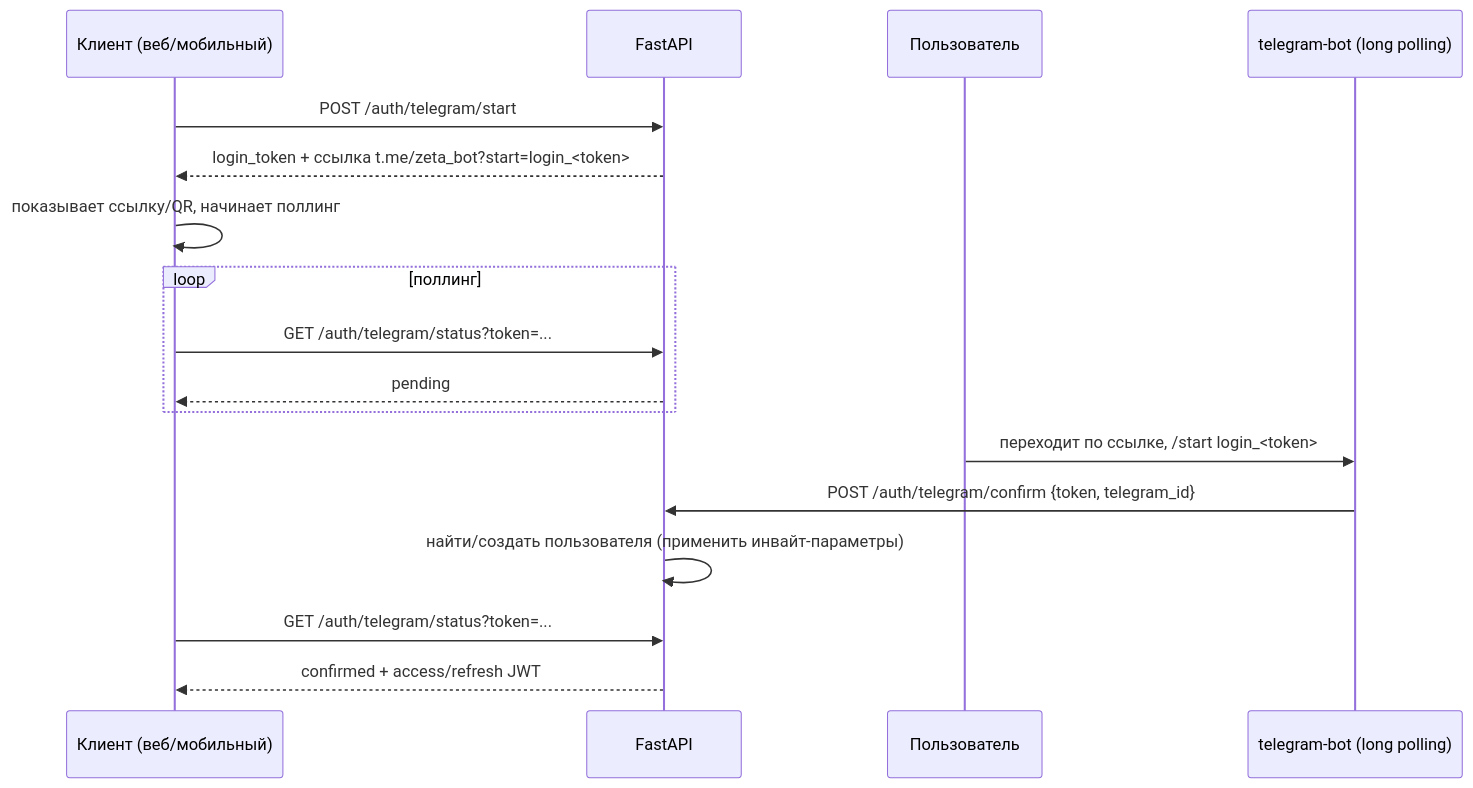
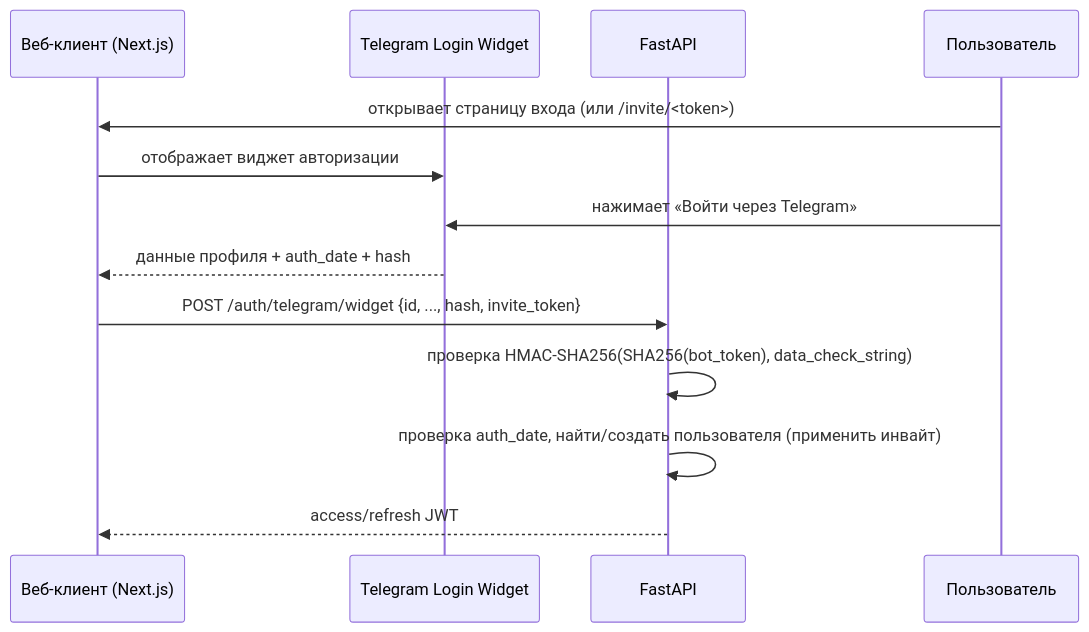
Before and after one commit to Ivansups/Zeta: the third of 9 diagrams in docs/Task.md, drawn with Mermaid. The commit also changed other lines of this file and 25 other files, not shown here.

First line of the commit message:
docs: switch web auth to Telegram Login Widget and transfer auth ownership to Klimov (#74)

````diff
--- a/docs/Task.md
+++ b/docs/Task.md
@@ -81,20 +87,16 @@
 ```mermaid
 sequenceDiagram
-    participant C as Клиент (веб/мобильный)
+    participant C as Веб-клиент (Next.js)
+    participant TG as Telegram Login Widget
     participant BE as FastAPI
     participant U as Пользователь
-    participant Bot as telegram-bot (long polling)
 
-    C->>BE: POST /auth/telegram/start
-    BE-->>C: login_token + ссылка t.me/zeta_bot?start=login_<token>
-    C->>C: показывает ссылку/QR, начинает поллинг
-    loop поллинг
-        C->>BE: GET /auth/telegram/status?token=...
-        BE-->>C: pending
-    end
-    U->>Bot: переходит по ссылке, /start login_<token>
-    Bot->>BE: POST /auth/telegram/confirm {token, telegram_id}
-    BE->>BE: найти/создать пользователя (применить инвайт-параметры)
-    C->>BE: GET /auth/telegram/status?token=...
-    BE-->>C: confirmed + access/refresh JWT
+    U->>C: открывает страницу входа (или /invite/<token>)
+    C->>TG: отображает виджет авторизации
+    U->>TG: нажимает «Войти через Telegram»
+    TG-->>C: данные профиля + auth_date + hash
+    C->>BE: POST /auth/telegram/widget {id, ..., hash, invite_token}
+    BE->>BE: проверка HMAC-SHA256(SHA256(bot_token), data_check_string)
+    BE->>BE: проверка auth_date, найти/создать пользователя (применить инвайт)
+    BE-->>C: access/refresh JWT
 ```
````
